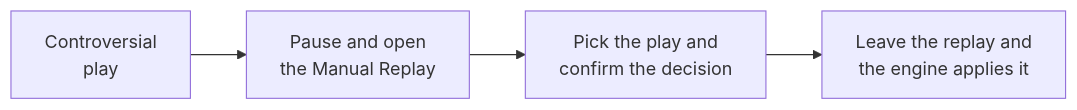
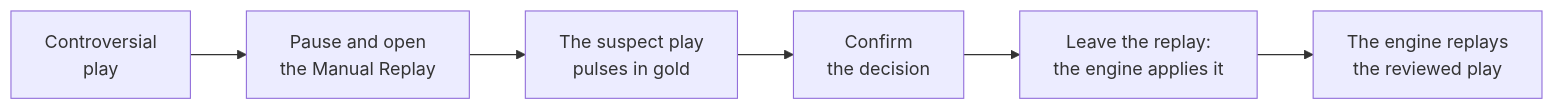
Before and after one commit to Joao-Spala/pes21-var-mod: the first of 2 diagrams in README.md, drawn with Mermaid. The commit also changed other lines of this file and 22 other files, not shown here.

````diff
--- a/README.md
+++ b/README.md
@@ -38,6 +44,8 @@
 ```mermaid
 flowchart LR
     A["Controversial<br/>play"] --> B["Pause and open<br/>the Manual Replay"]
-    B --> C["Pick the play and<br/>confirm the decision"]
-    C --> D["Leave the replay and<br/>the engine applies it"]
+    B --> C["The suspect play<br/>pulses in gold"]
+    C --> D["Confirm<br/>the decision"]
+    D --> E["Leave the replay:<br/>the engine applies it"]
+    E --> F["The engine replays<br/>the reviewed play"]
 ```
````
